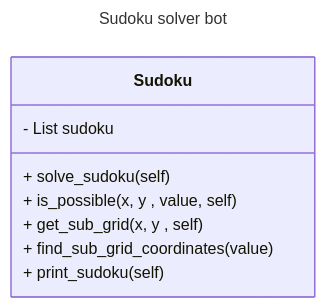
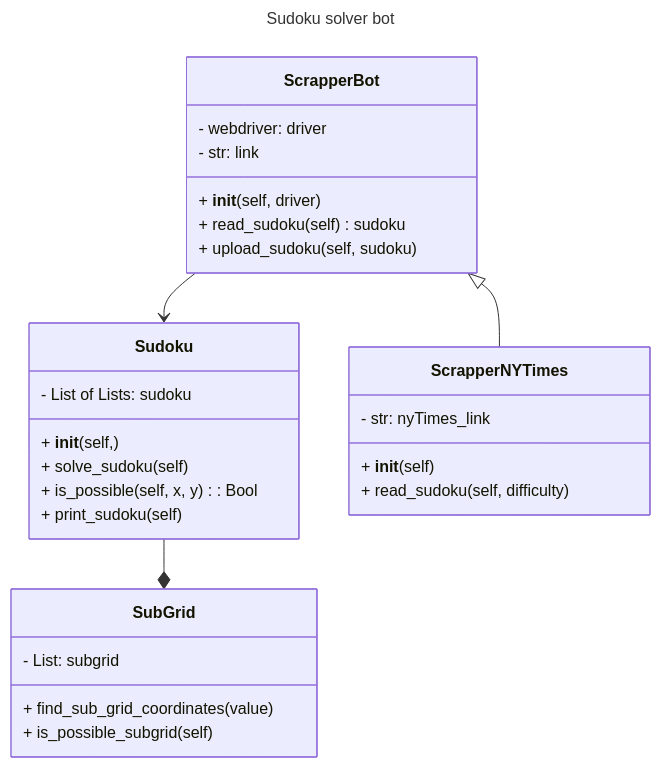
The diagram in README.md (richardgonzalezm/Sudoku_solver_bot), drawn with Mermaid before and after one commit. The commit also changed other lines of this file, not shown here.

Commit message:
Update classes

````diff
--- a/README.md
+++ b/README.md
@@ -3,15 +10,35 @@
 ```mermaid
 ---
 title: Sudoku solver bot
 ---
 classDiagram
   class Sudoku {
-  - List sudoku
-  + solve_sudoku(self)
-  + is_possible(x, y , value, self)
-  + get_sub_grid(x, y , self)
-  + find_sub_grid_coordinates(value)
-  + print_sudoku(self)
+    - List of Lists: sudoku
+    + __init__(self, )
+    + solve_sudoku(self)
+    + is_possible(self, x, y): Bool
 
-}
+    + print_sudoku(self)
+  }
+  class SubGrid{
+    - List: subgrid
+    + find_sub_grid_coordinates(value)
+    + is_possible_subgrid(self)    
+  }
+  Sudoku --* SubGrid
+  class ScrapperBot {
+    - webdriver: driver
+    - str: link
+    + __init__(self, driver)
+    + read_sudoku(self) sudoku
+    + upload_sudoku(self, sudoku)
+  }
+
+  class ScrapperNYTimes {
+    - str: nyTimes_link
+    + __init__(self)
+    + read_sudoku(self, difficulty)
+  }
+  ScrapperBot --> Sudoku
+  ScrapperBot<|--ScrapperNYTimes
 ```
````
